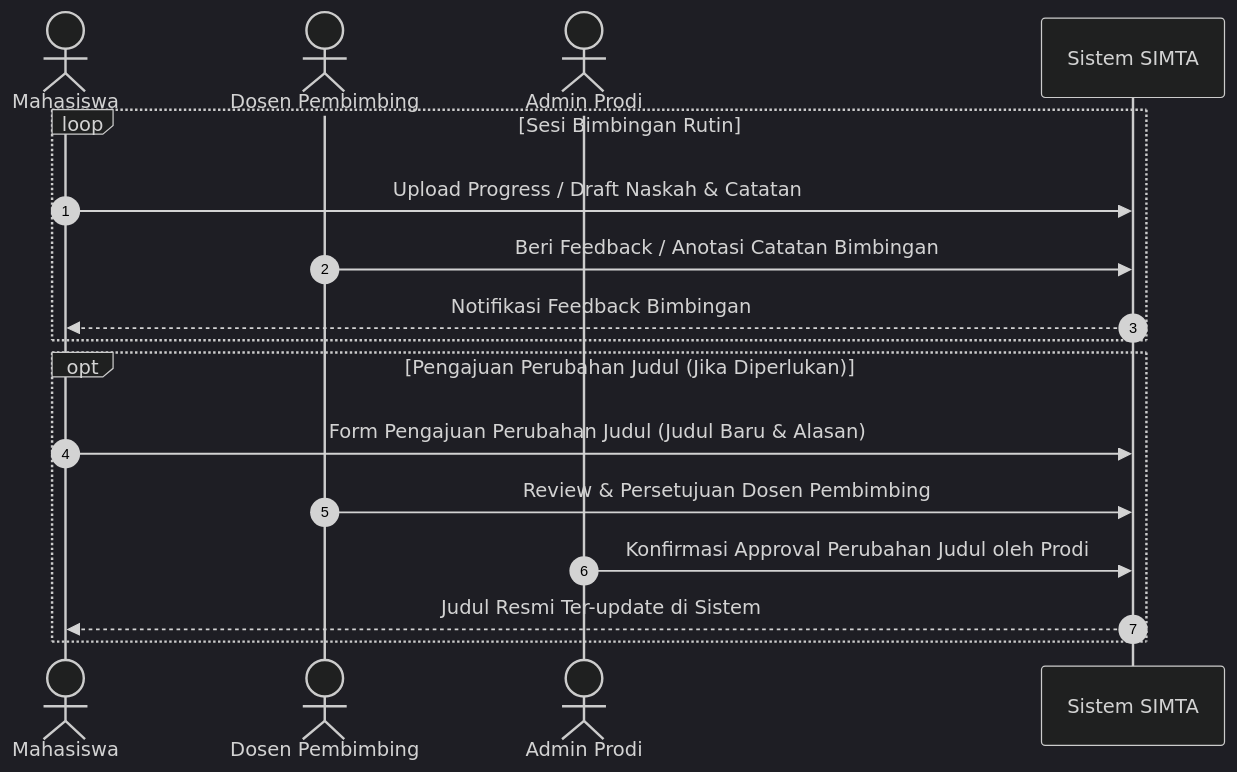
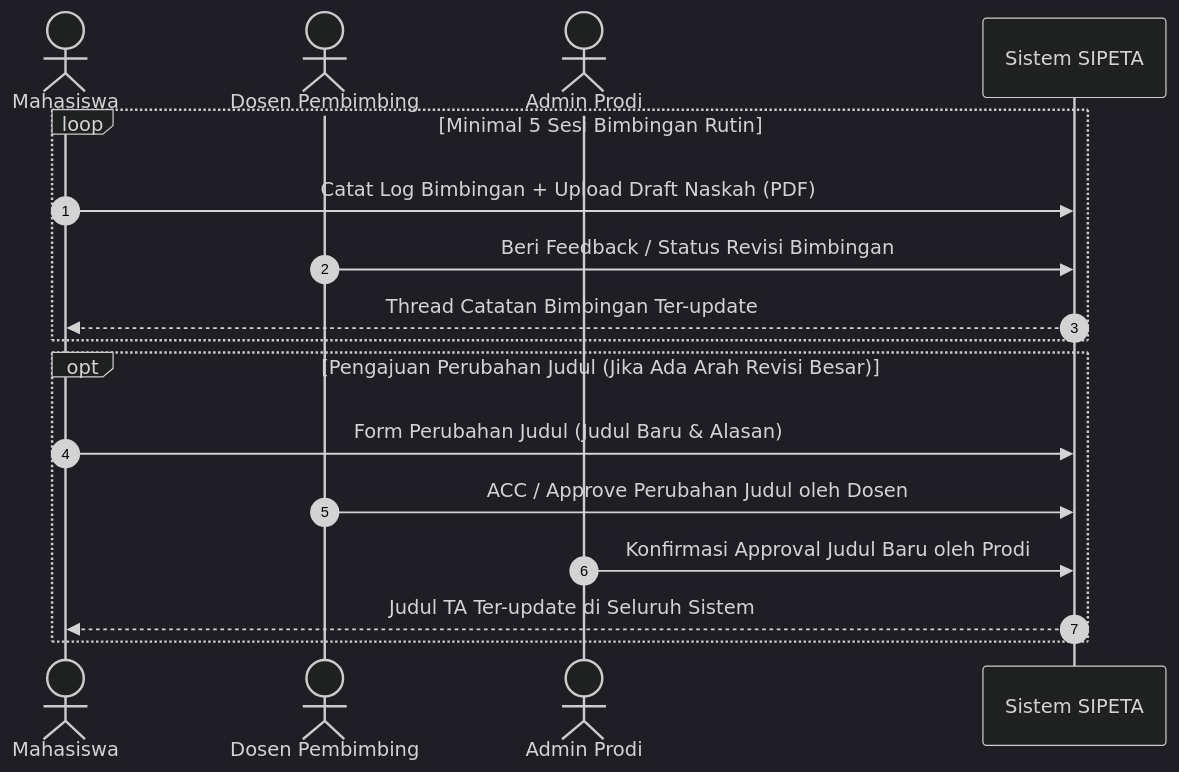
Before and after one commit to DanuZen/isi-final-project: the third of 5 diagrams in docs/WORKFLOWS.md, drawn with Mermaid (dark theme). The commit also changed other lines of this file and 21 other files, not shown here.

Commit message:
feat: modernize SIPETA UI with 4-stage TA focus, centered logo, interactive calendar, list-judul repository, and updated docs

````diff
--- a/docs/WORKFLOWS.md
+++ b/docs/WORKFLOWS.md
@@ -92,21 +55,21 @@
 ```mermaid
 sequenceDiagram
     autonumber
     actor M as Mahasiswa
     actor D as Dosen Pembimbing
     actor P as Admin Prodi
-    participant S as Sistem SIMTA
+    participant S as Sistem SIPETA
 
-    loop Sesi Bimbingan Rutin
-        M->>S: Upload Progress / Draft Naskah & Catatan
-        D->>S: Beri Feedback / Anotasi Catatan Bimbingan
-        S-->>M: Notifikasi Feedback Bimbingan
+    loop Minimal 5 Sesi Bimbingan Rutin
+        M->>S: Catat Log Bimbingan + Upload Draft Naskah (PDF)
+        D->>S: Beri Feedback / Status Revisi Bimbingan
+        S-->>M: Thread Catatan Bimbingan Ter-update
     end
 
-    opt Pengajuan Perubahan Judul (Jika Diperlukan)
-        M->>S: Form Pengajuan Perubahan Judul (Judul Baru & Alasan)
-        D->>S: Review & Persetujuan Dosen Pembimbing
-        P->>S: Konfirmasi Approval Perubahan Judul oleh Prodi
-        S-->>M: Judul Resmi Ter-update di Sistem
+    opt Pengajuan Perubahan Judul (Jika Ada Arah Revisi Besar)
+        M->>S: Form Perubahan Judul (Judul Baru & Alasan)
+        D->>S: ACC / Approve Perubahan Judul oleh Dosen
+        P->>S: Konfirmasi Approval Judul Baru oleh Prodi
+        S-->>M: Judul TA Ter-update di Seluruh Sistem
     end
 ```
````
